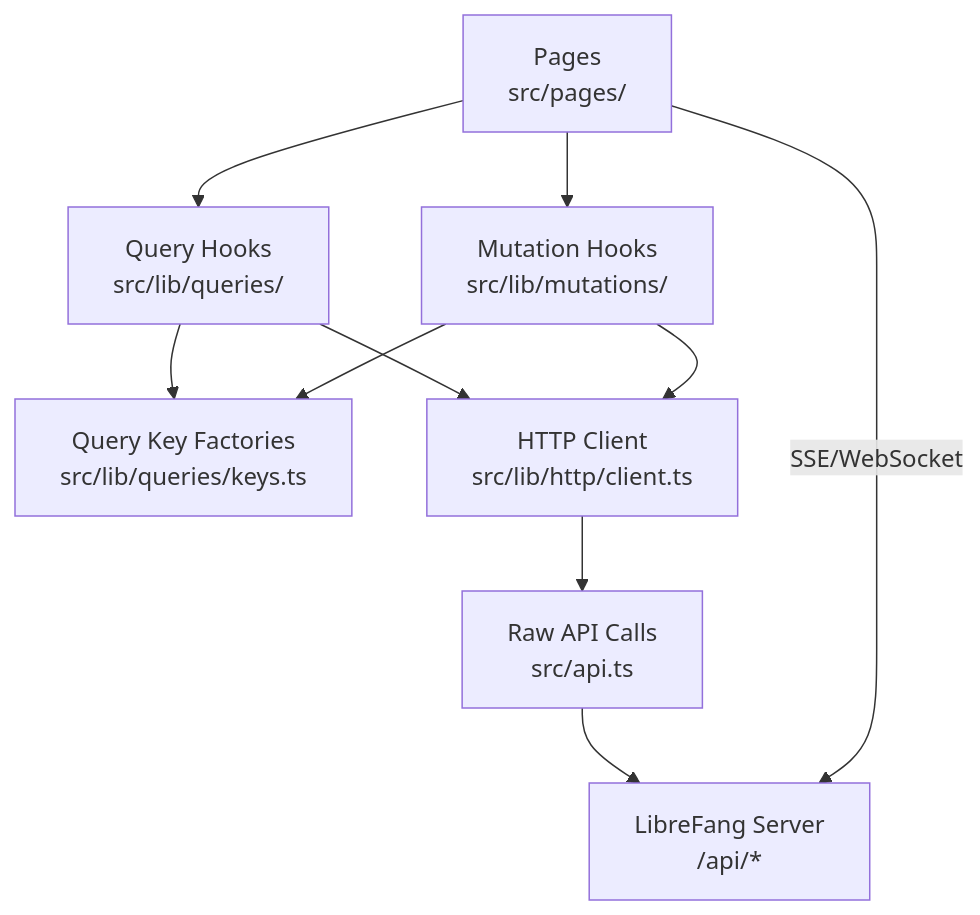
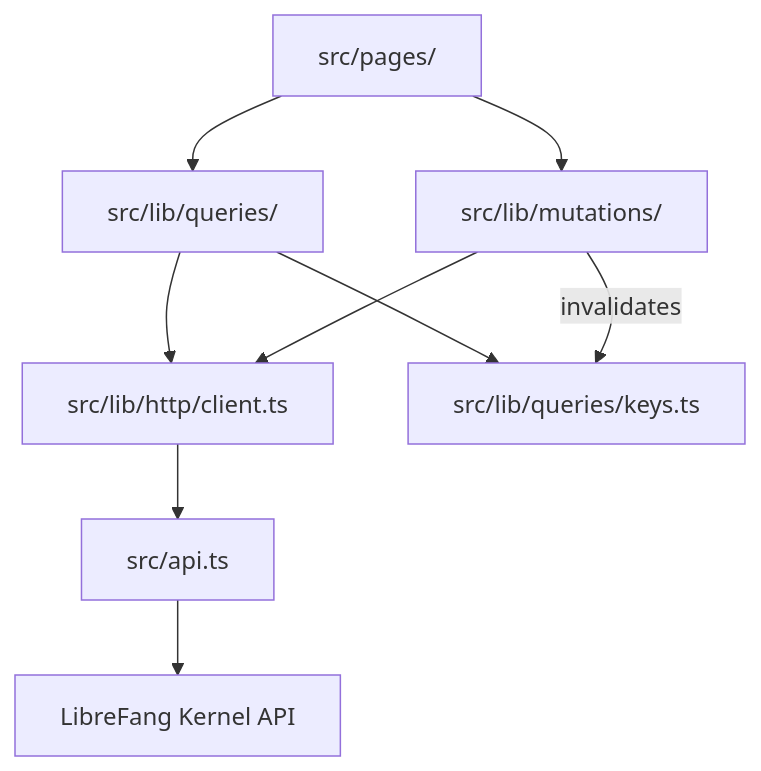
Before and after one commit to leszek3737/librefang-WIki: the diagram in other-librefang-api-dashboard.md, drawn with Mermaid. The commit also changed other lines of this file and 118 other files, not shown here.

````diff
--- a/other-librefang-api-dashboard.md
+++ b/other-librefang-api-dashboard.md
@@ -9,12 +9,11 @@
 ```mermaid
 graph TD
-    P["Pages<br/>src/pages/"] --> Q["Query Hooks<br/>src/lib/queries/"]
-    P --> M["Mutation Hooks<br/>src/lib/mutations/"]
-    Q --> K["Query Key Factories<br/>src/lib/queries/keys.ts"]
-    M --> K
-    Q --> HC["HTTP Client<br/>src/lib/http/client.ts"]
-    M --> HC
-    HC --> API["Raw API Calls<br/>src/api.ts"]
-    API --> SV["LibreFang Server<br/>/api/*"]
-    P -->|SSE/WebSocket| SV
+    Pages["src/pages/"] --> QueryHooks["src/lib/queries/"]
+    Pages --> MutationHooks["src/lib/mutations/"]
+    QueryHooks --> HttpClient["src/lib/http/client.ts"]
+    MutationHooks --> HttpClient
+    HttpClient --> ApiLayer["src/api.ts"]
+    ApiLayer --> Backend["LibreFang Kernel API"]
+    QueryHooks --> KeyFactories["src/lib/queries/keys.ts"]
+    MutationHooks -->|invalidates| KeyFactories
 ```
````
